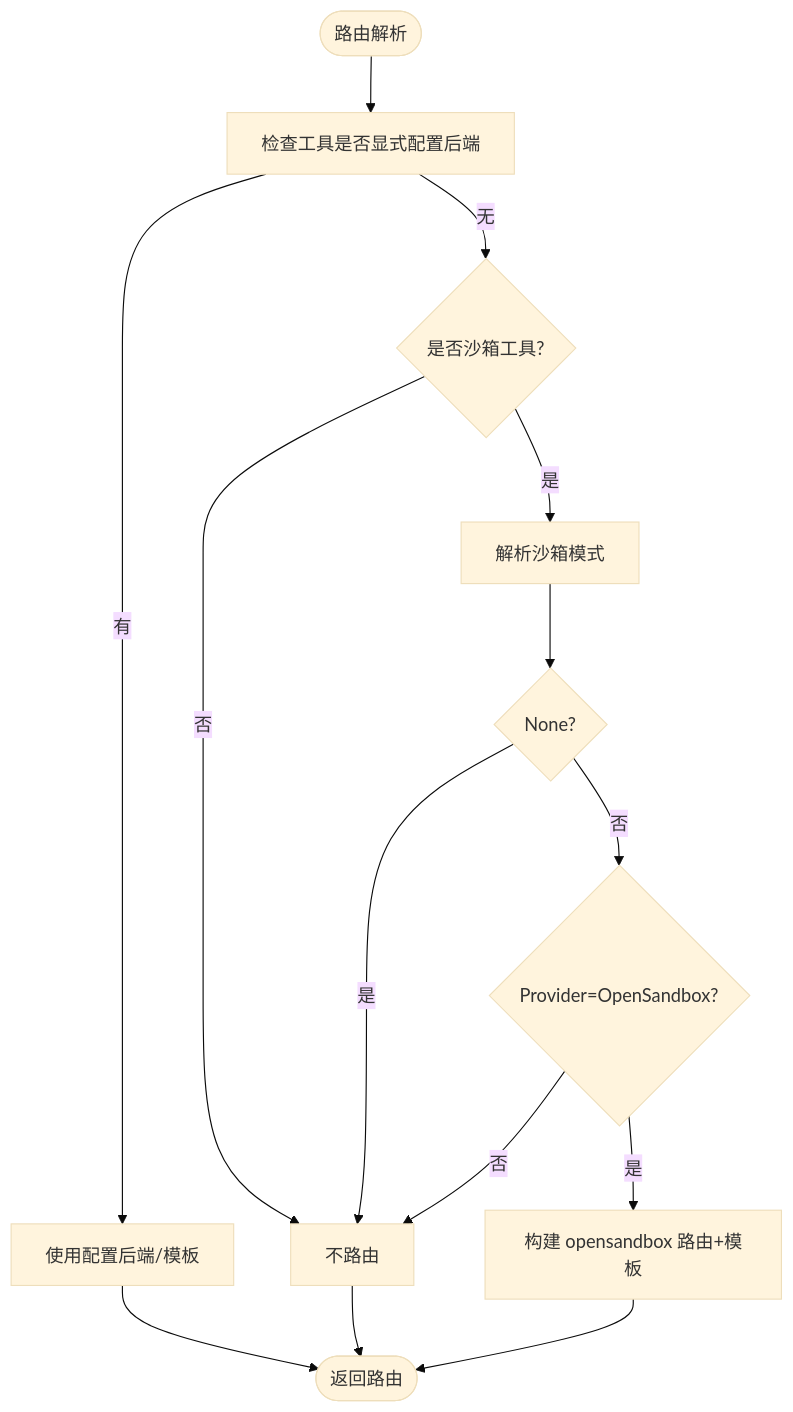
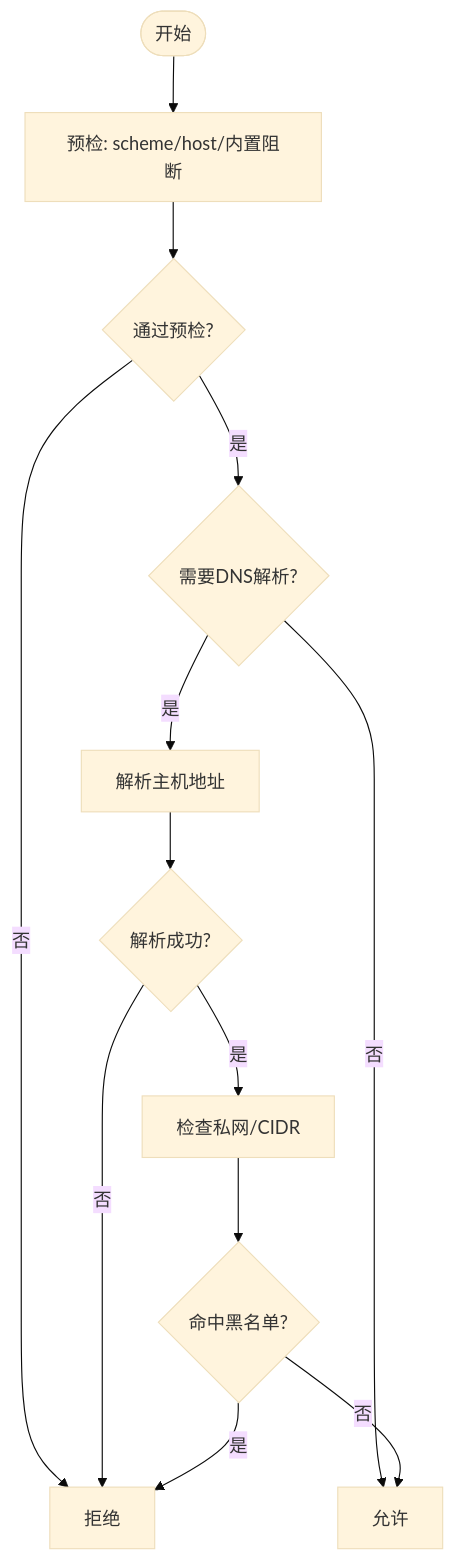
Before and after one commit to wayyet/kingcrab: the fifth of 6 diagrams in .qoder/repowiki/zh/content/工具系统/工具沙箱机制.md, drawn with Mermaid (base theme). The commit also changed other lines of this file and 431 other files, not shown here.

````diff
--- a/.qoder/repowiki/zh/content/工具系统/工具沙箱机制.md
+++ b/.qoder/repowiki/zh/content/工具系统/工具沙箱机制.md
@@ -241,16 +281,15 @@
 ```mermaid
 flowchart TD
-RStart(["路由解析"]) --> CheckCfg["检查工具是否显式配置后端"]
-CheckCfg --> |有| UseCfg["使用配置后端/模板"]
-CheckCfg --> |无| IsSandboxCapable{"是否沙箱工具?"}
-IsSandboxCapable --> |否| NoRoute["不路由"]
-IsSandboxCapable --> |是| ResolveMode["解析沙箱模式"]
-ResolveMode --> ModeNone{"None?"}
-ModeNone --> |是| NoRoute
-ModeNone --> |否| ProviderOk{"Provider=OpenSandbox?"}
-ProviderOk --> |否| NoRoute
-ProviderOk --> |是| BuildRoute["构建 opensandbox 路由+模板"]
-UseCfg --> REnd(["返回路由"])
-BuildRoute --> REnd
-NoRoute --> REnd
+Start(["开始"]) --> Prelim["预检: scheme/host/内置阻断"]
+Prelim --> PrelimOK{"通过预检?"}
+PrelimOK --> |否| Deny["拒绝"]
+PrelimOK --> |是| NeedDNS{"需要DNS解析?"}
+NeedDNS --> |否| Allow["允许"]
+NeedDNS --> |是| Resolve["解析主机地址"]
+Resolve --> ResolveOK{"解析成功?"}
+ResolveOK --> |否| Deny
+ResolveOK --> |是| CheckAddr["检查私网/CIDR"]
+CheckAddr --> AddrOK{"命中黑名单?"}
+AddrOK --> |是| Deny
+AddrOK --> |否| Allow
 ```
````
